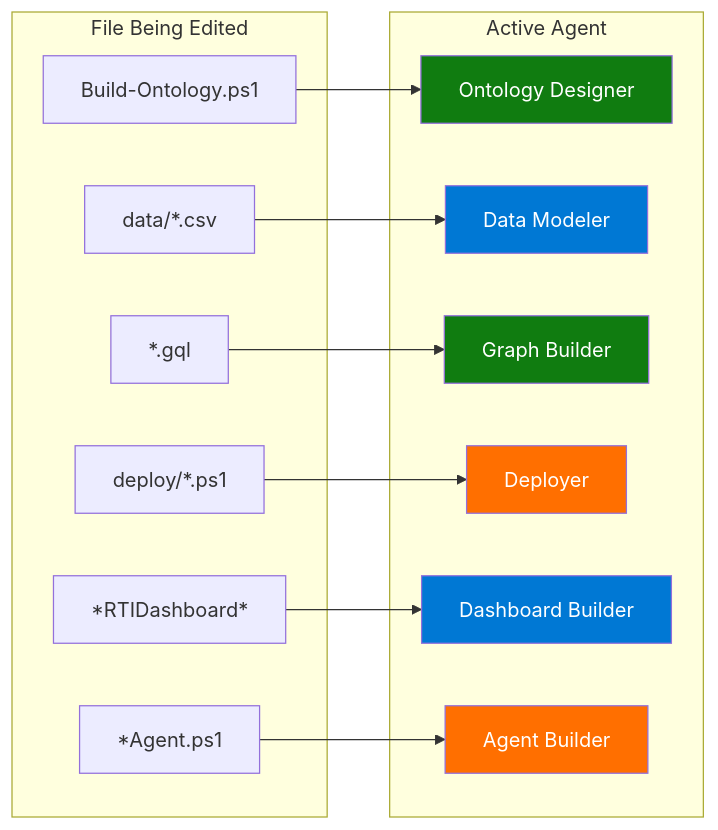
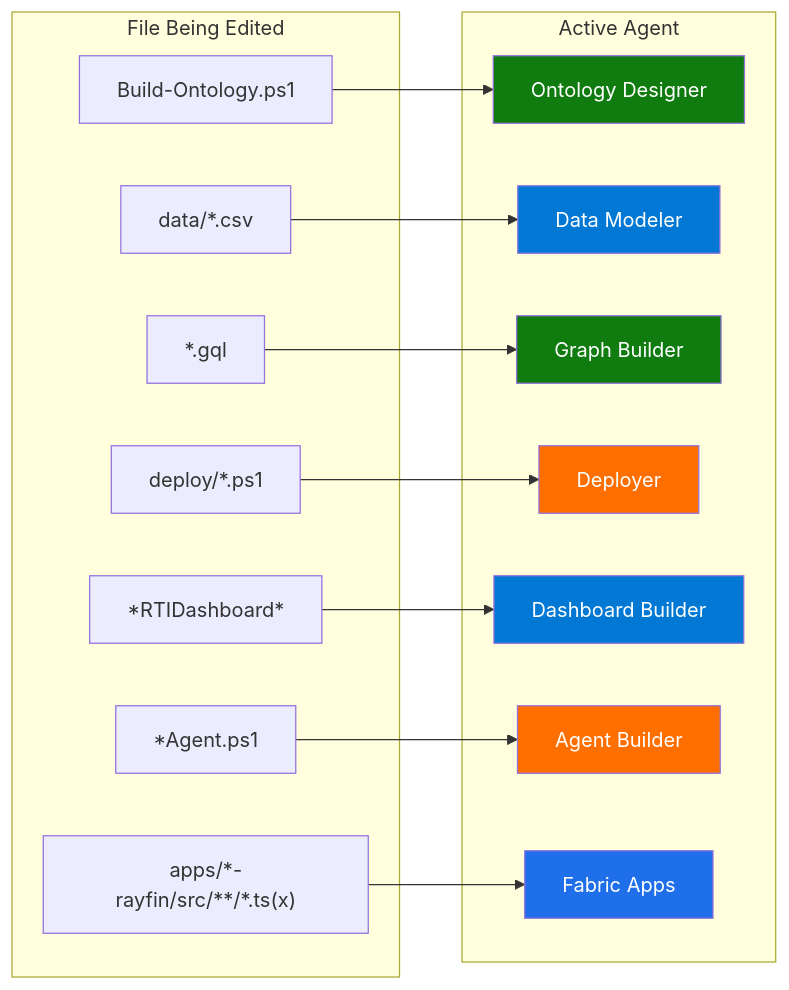
The second of 3 diagrams in AGENTS.md (cyphou/Ontology-RTI), drawn with Mermaid before and after one commit. The commit also changed other lines of this file and 2 other files, not shown here.

Commit message:
feat(agents): add Fabric Apps specialist and register in architecture docs

````diff
--- a/AGENTS.md
+++ b/AGENTS.md
@@ -86,34 +89,38 @@
 ```mermaid
 flowchart LR
     subgraph Files["File Being Edited"]
         F1["Build-Ontology.ps1"]
         F2["data/*.csv"]
         F3["*.gql"]
         F4["deploy/*.ps1"]
         F5["*RTIDashboard*"]
         F6["*Agent.ps1"]
+        F7["apps/*-rayfin/src/**/*.ts(x)"]
     end
 
     subgraph Agents["Active Agent"]
         A1["Ontology Designer"]
         A2["Data Modeler"]
         A3["Graph Builder"]
         A4["Deployer"]
         A5["Dashboard Builder"]
         A6["Agent Builder"]
+        A7["Fabric Apps"]
     end
 
     F1 --> A1
     F2 --> A2
     F3 --> A3
     F4 --> A4
     F5 --> A5
     F6 --> A6
+    F7 --> A7
 
     style A1 fill:#107C10,color:#fff
     style A2 fill:#0078D4,color:#fff
     style A3 fill:#107C10,color:#fff
     style A4 fill:#FF6F00,color:#fff
     style A5 fill:#0078D4,color:#fff
     style A6 fill:#FF6F00,color:#fff
+    style A7 fill:#1f6feb,color:#fff
 ```
````
